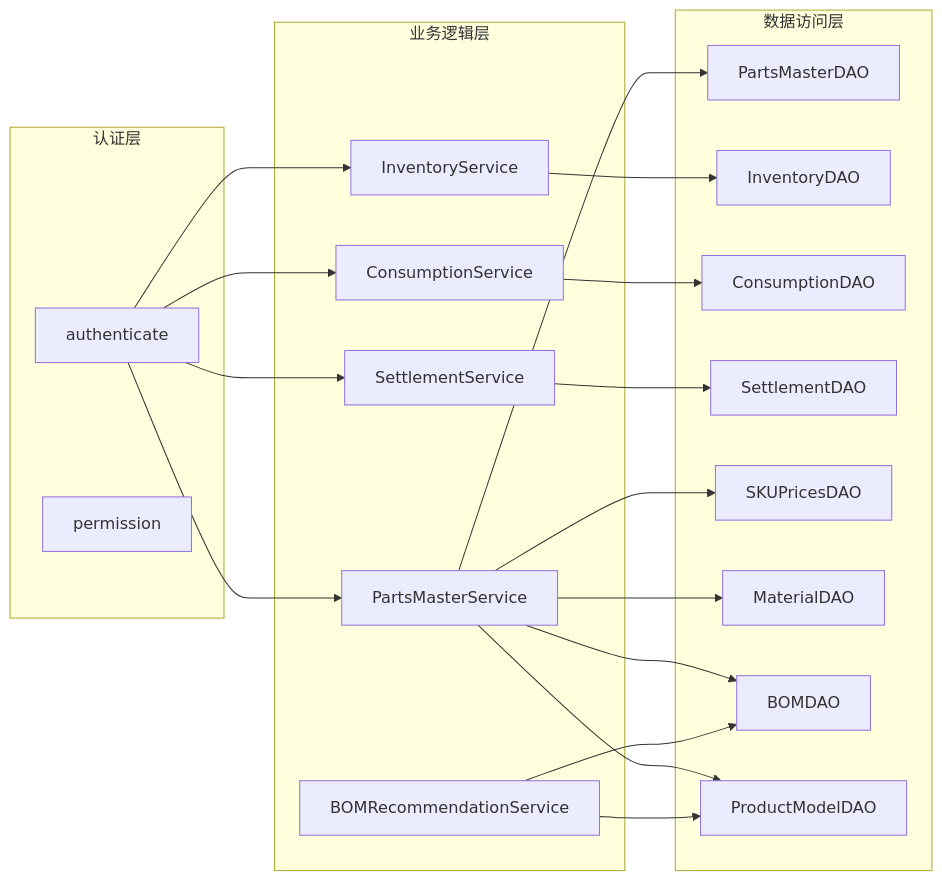
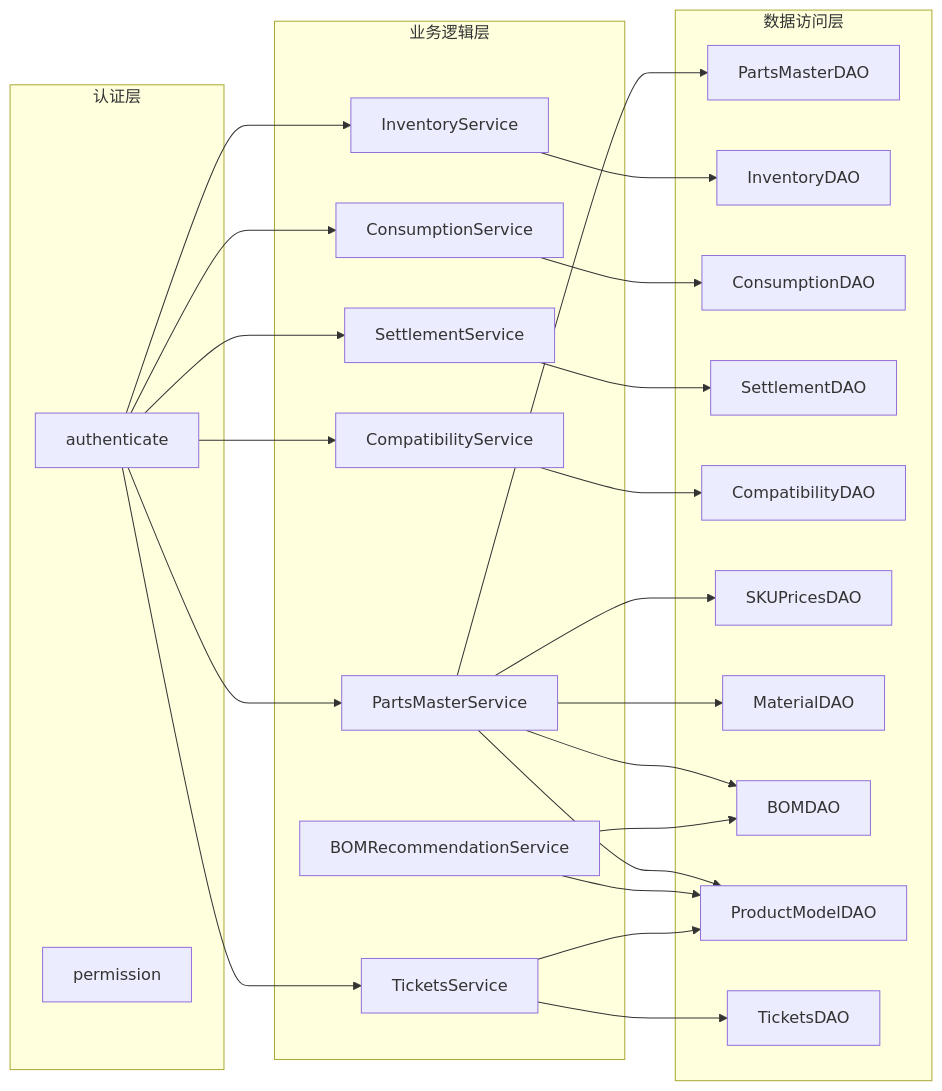
The third of 14 diagrams in .qoder/repowiki/zh/content/数据库设计/配件管理系统.md (CubeEdge/Longhorn), drawn with Mermaid before and after one commit. The commit also changed other lines of this file and 29 other files, not shown here.

````diff
--- a/.qoder/repowiki/zh/content/数据库设计/配件管理系统.md
+++ b/.qoder/repowiki/zh/content/数据库设计/配件管理系统.md
@@ -194,38 +233,47 @@
 ```mermaid
 graph LR
 subgraph "认证层"
 Authenticate[authenticate]
 Permission[permission]
 end
 subgraph "业务逻辑层"
 PartsMaster[PartsMasterService]
 InventoryService[InventoryService]
 ConsumptionService[ConsumptionService]
 SettlementService[SettlementService]
+CompatibilityService[CompatibilityService]
 BOMRecommendation[BOMRecommendationService]
+TicketsService[TicketsService]
 end
 subgraph "数据访问层"
 PartsMasterDAO[PartsMasterDAO]
 InventoryDAO[InventoryDAO]
 ConsumptionDAO[ConsumptionDAO]
 SettlementDAO[SettlementDAO]
+CompatibilityDAO[CompatibilityDAO]
 SKUPricesDAO[SKUPricesDAO]
 MaterialDAO[MaterialDAO]
 BOMDAO[BOMDAO]
 ProductModelDAO[ProductModelDAO]
+TicketsDAO[TicketsDAO]
 end
 Authenticate --> PartsMaster
 Authenticate --> InventoryService
 Authenticate --> ConsumptionService
 Authenticate --> SettlementService
+Authenticate --> CompatibilityService
+Authenticate --> TicketsService
 PartsMaster --> PartsMasterDAO
 PartsMaster --> SKUPricesDAO
 PartsMaster --> MaterialDAO
 PartsMaster --> BOMDAO
 PartsMaster --> ProductModelDAO
 InventoryService --> InventoryDAO
 ConsumptionService --> ConsumptionDAO
 SettlementService --> SettlementDAO
+CompatibilityService --> CompatibilityDAO
 BOMRecommendation --> BOMDAO
 BOMRecommendation --> ProductModelDAO
+TicketsService --> TicketsDAO
+TicketsService --> ProductModelDAO
 ```
````
